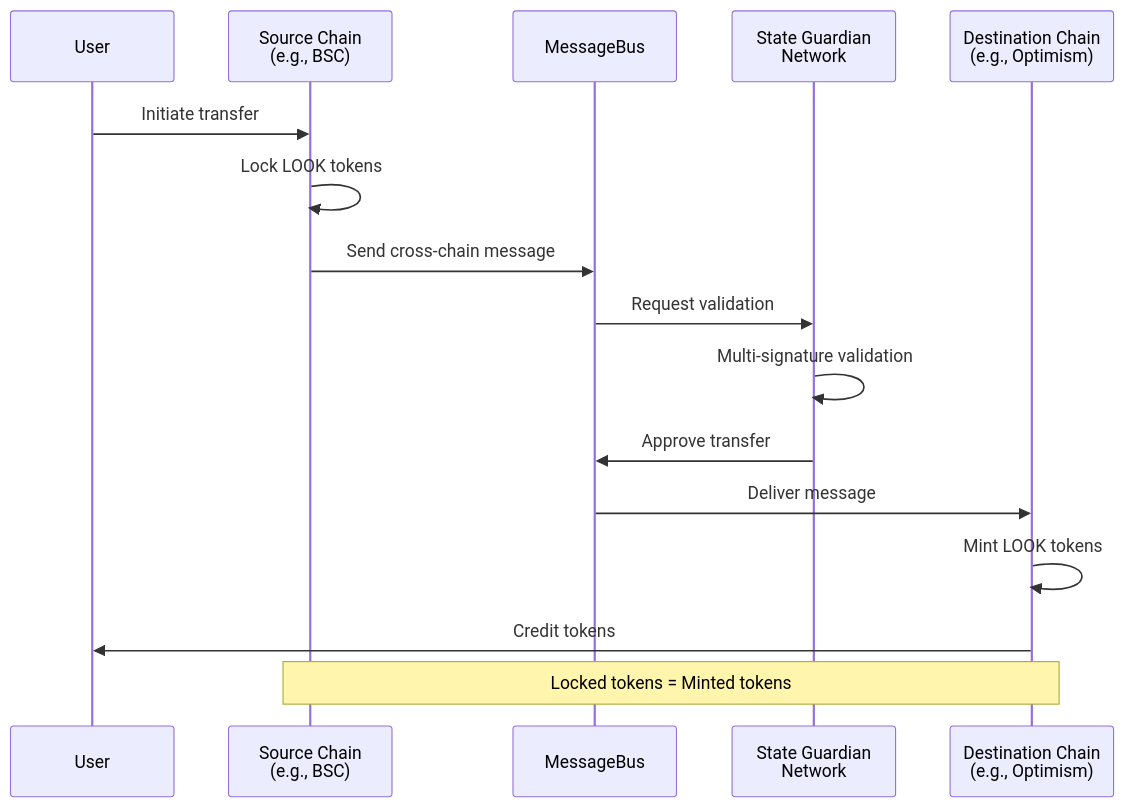
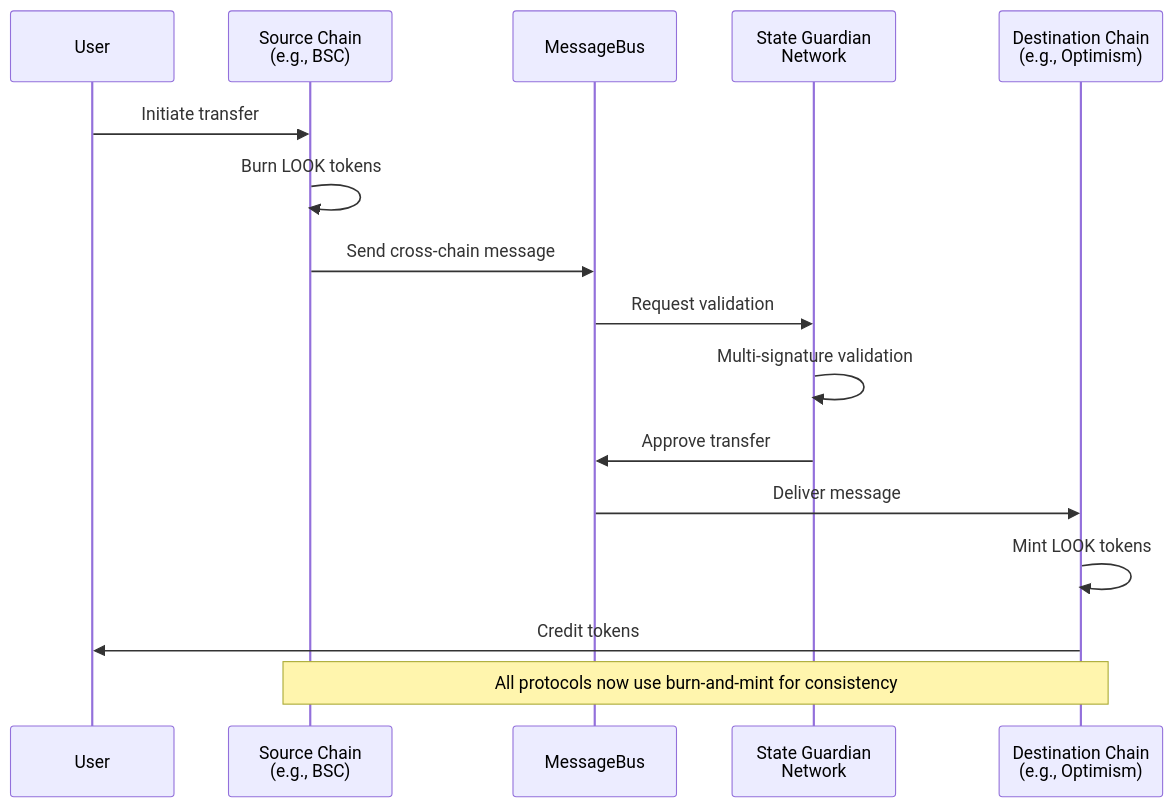
The eighth of 11 diagrams in docs/TECHNICAL.md (lookcard-dev/lookcoin-contract), drawn with Mermaid before and after one commit. The commit also changed other lines of this file and 41 other files, not shown here.

First line of the commit message:
Enhance cross-chain capabilities and modular architecture

````diff
--- a/docs/TECHNICAL.md
+++ b/docs/TECHNICAL.md
@@ -204,20 +296,20 @@
 ```mermaid
 sequenceDiagram
     participant User
     participant SourceChain as Source Chain<br/>(e.g., BSC)
     participant MessageBus as MessageBus
     participant SGN as State Guardian<br/>Network
     participant DestChain as Destination Chain<br/>(e.g., Optimism)
 
     User->>SourceChain: Initiate transfer
-    SourceChain->>SourceChain: Lock LOOK tokens
+    SourceChain->>SourceChain: Burn LOOK tokens
     SourceChain->>MessageBus: Send cross-chain message
     MessageBus->>SGN: Request validation
     SGN->>SGN: Multi-signature validation
     SGN->>MessageBus: Approve transfer
     MessageBus->>DestChain: Deliver message
     DestChain->>DestChain: Mint LOOK tokens
     DestChain->>User: Credit tokens
 
-    Note over SourceChain,DestChain: Locked tokens = Minted tokens
+    Note over SourceChain,DestChain: All protocols now use burn-and-mint for consistency
 ```
````
